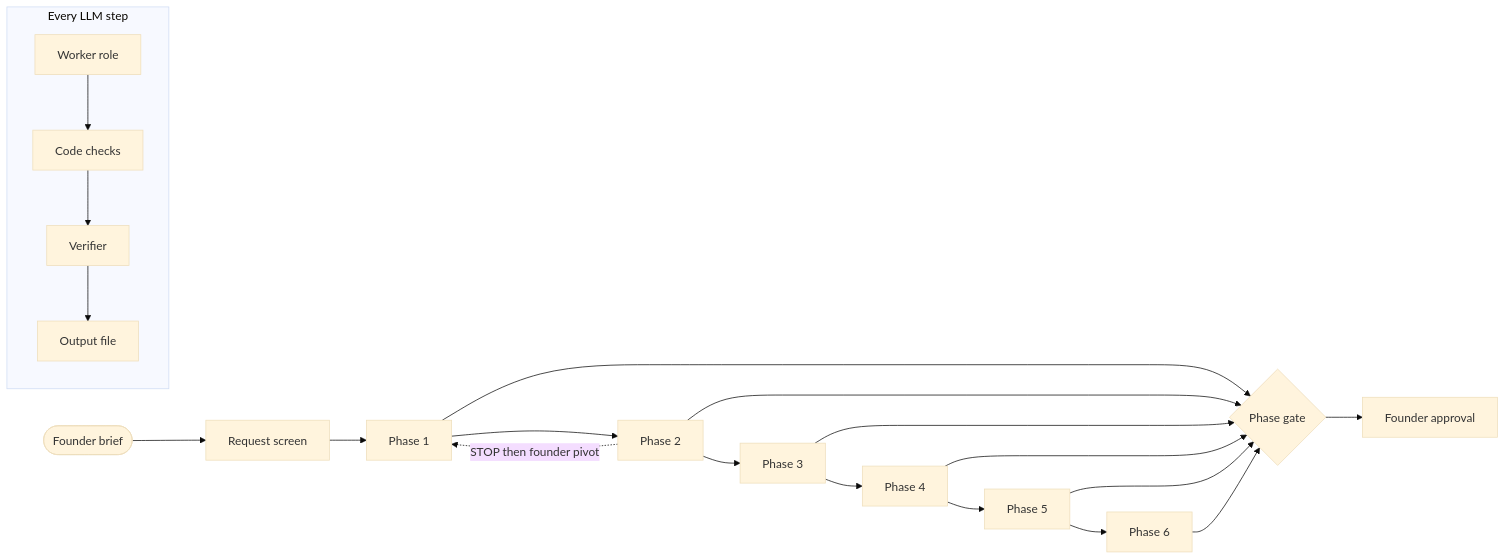
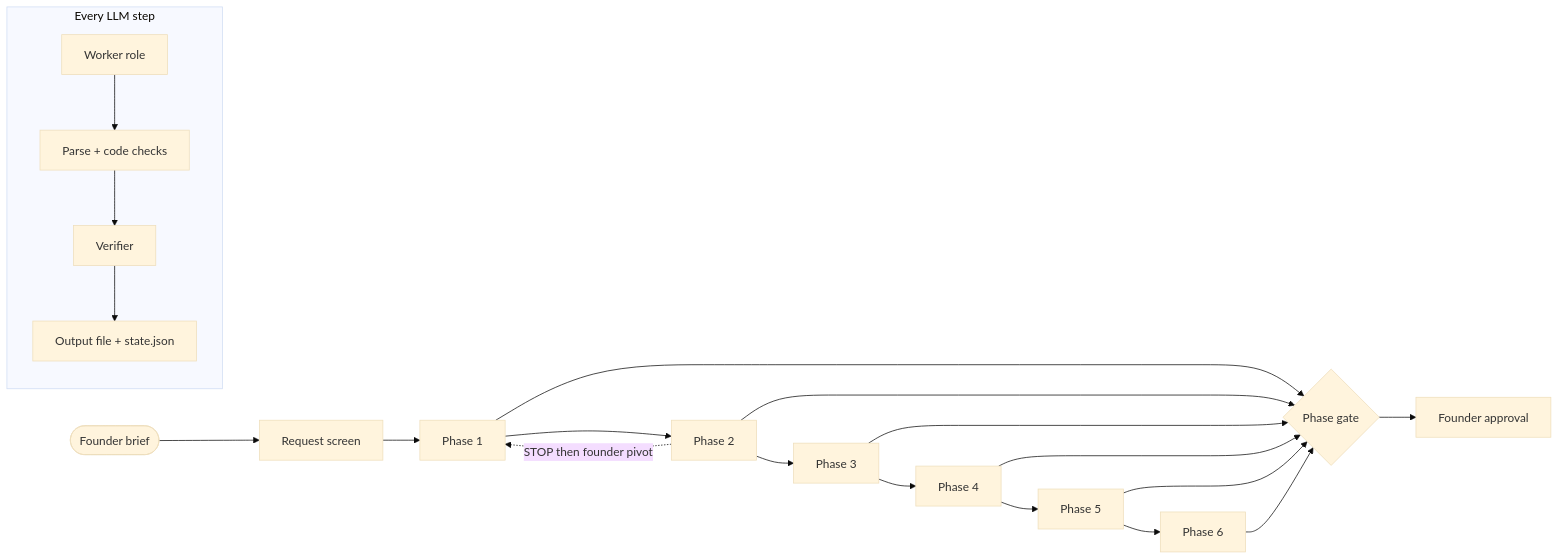
The diagram in variants/_template/DESIGN.md (Lotr2/sudo_win), drawn with Mermaid (base theme) before and after one commit. The commit also changed other lines of this file and 56 other files, not shown here.

````diff
--- a/variants/_template/DESIGN.md
+++ b/variants/_template/DESIGN.md
@@ -20,11 +20,11 @@
 ```mermaid
 flowchart LR
   B([Founder brief]) --> S[Request screen]
   S --> P1[Phase 1] --> P2[Phase 2] --> P3[Phase 3] --> P4[Phase 4] --> P5[Phase 5] --> P6[Phase 6]
   subgraph STEP[Every LLM step]
-    W[Worker role] --> C[Code checks] --> V[Verifier] --> O[Output file]
+    W[Worker role] --> C[Parse + code checks] --> V[Verifier] --> O[Output file + state.json]
   end
   P2 -. STOP then founder pivot .-> P1
   P1 & P2 & P3 & P4 & P5 & P6 --> G{Phase gate}
   G --> F[Founder approval]
 ```
````
